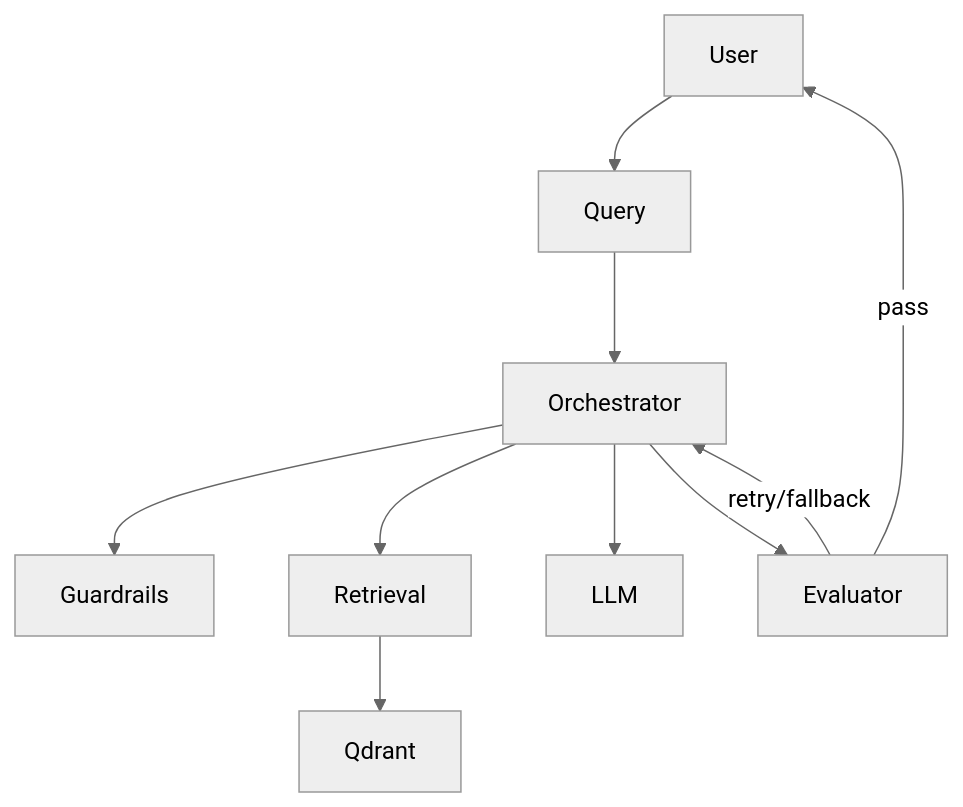
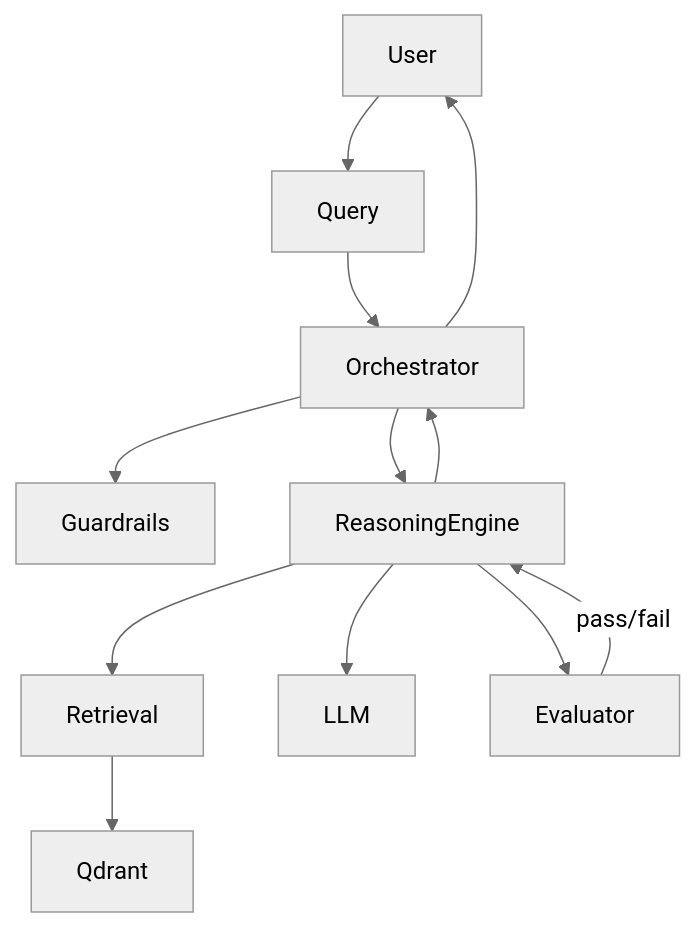
The diagram in README.md (Marta022/Medical-Chatbot), drawn with Mermaid (neutral theme) before and after one commit. The commit also changed other lines of this file and 32 other files, not shown here.

````diff
--- a/README.md
+++ b/README.md
@@ -7,12 +7,14 @@
 ```mermaid
 flowchart TD
     User --> Query
     Query --> Orchestrator
     Orchestrator --> Guardrails
-    Orchestrator --> Retrieval
-    Orchestrator --> LLM
+    Orchestrator --> ReasoningEngine
+    ReasoningEngine --> Retrieval
     Retrieval --> Qdrant
-    Orchestrator --> Evaluator
-    Evaluator -->|pass| User
-    Evaluator -->|retry/fallback| Orchestrator
+    ReasoningEngine --> LLM
+    ReasoningEngine --> Evaluator
+    Evaluator -->|pass/fail| ReasoningEngine
+    ReasoningEngine --> Orchestrator
+    Orchestrator --> User
 ```
````
